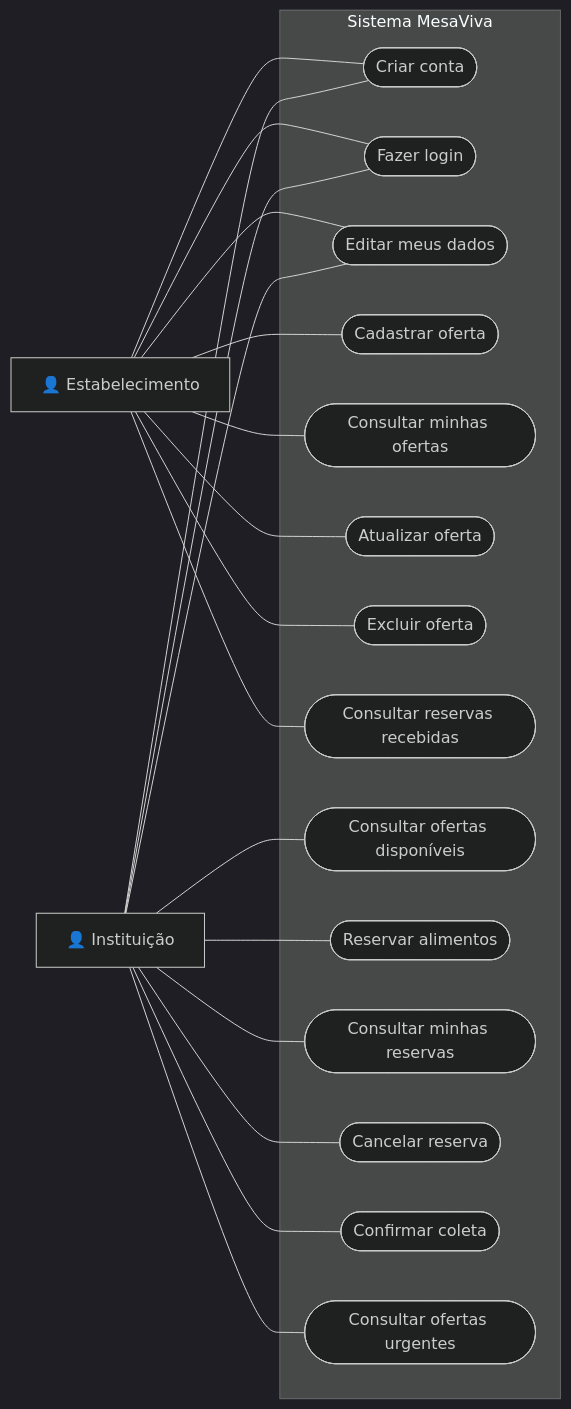
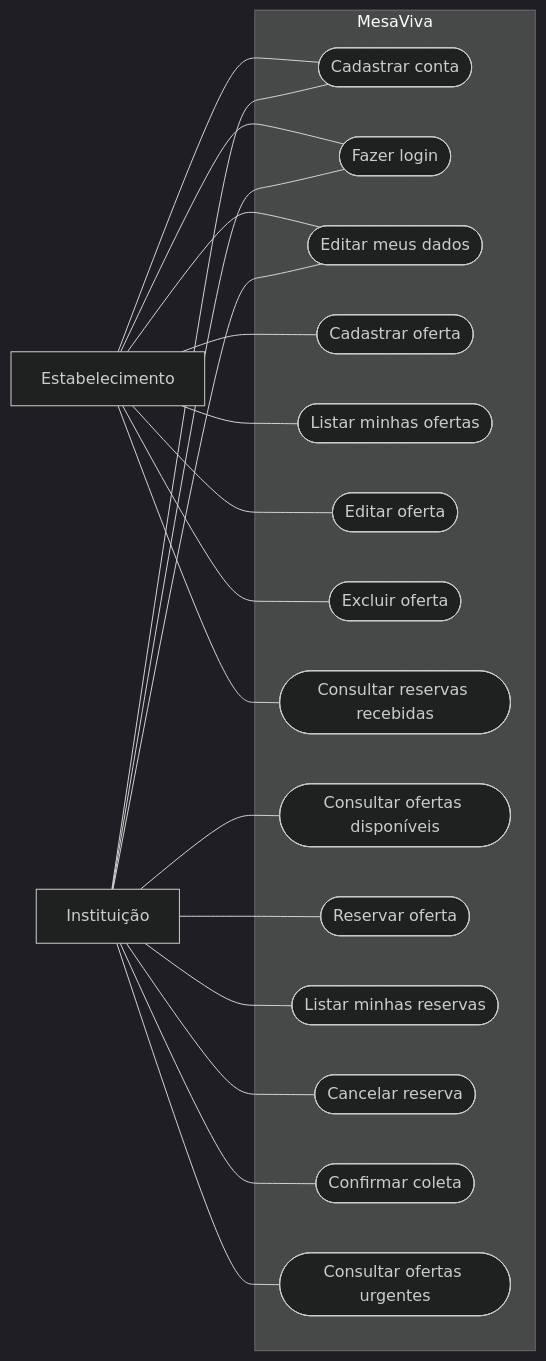
One commit to leonardocamilofrank-hue/Projeto-Integrador-Trabalho changed the second of 5 diagrams in README.md. Above: the diagram before and after it, drawn with Mermaid (dark theme). The commit also changed other lines of this file, not shown here.

Commit message:
Atualiza documentacao e diagramas do MesaViva

````diff
--- a/README.md
+++ b/README.md
@@ -129,41 +155,38 @@
 ```mermaid
 flowchart LR
-    E["👤 Estabelecimento"]
-    I["👤 Instituição"]
-
-    subgraph Sistema["Sistema MesaViva"]
-        UC1(["Criar conta"])
-        UC2(["Fazer login"])
-        UC3(["Editar meus dados"])
-        UC4(["Cadastrar oferta"])
-        UC5(["Consultar minhas ofertas"])
-        UC6(["Atualizar oferta"])
-        UC7(["Excluir oferta"])
-        UC8(["Consultar reservas recebidas"])
-        UC9(["Consultar ofertas disponíveis"])
-        UC10(["Reservar alimentos"])
-        UC11(["Consultar minhas reservas"])
-        UC12(["Cancelar reserva"])
-        UC13(["Confirmar coleta"])
-        UC14(["Consultar ofertas urgentes"])
+    E[Estabelecimento]
+    I[Instituição]
+    subgraph Sistema[MesaViva]
+        UC1([Cadastrar conta])
+        UC2([Fazer login])
+        UC3([Editar meus dados])
+        UC4([Cadastrar oferta])
+        UC5([Listar minhas ofertas])
+        UC6([Editar oferta])
+        UC7([Excluir oferta])
+        UC8([Consultar reservas recebidas])
+        UC9([Consultar ofertas disponíveis])
+        UC10([Reservar oferta])
+        UC11([Listar minhas reservas])
+        UC12([Cancelar reserva])
+        UC13([Confirmar coleta])
+        UC14([Consultar ofertas urgentes])
     end
-
     E --- UC1
     E --- UC2
     E --- UC3
     E --- UC4
     E --- UC5
     E --- UC6
     E --- UC7
     E --- UC8
-
     I --- UC1
     I --- UC2
     I --- UC3
     I --- UC9
     I --- UC10
     I --- UC11
     I --- UC12
     I --- UC13
     I --- UC14
 ```
````
